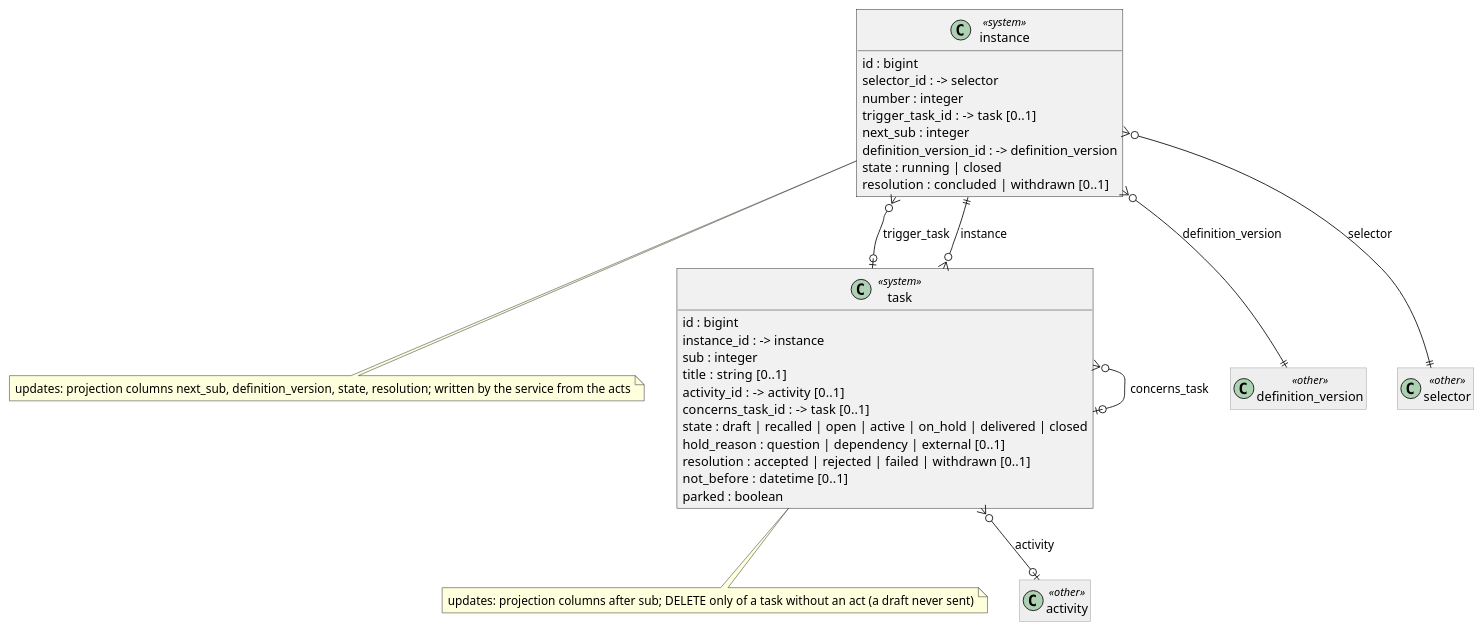
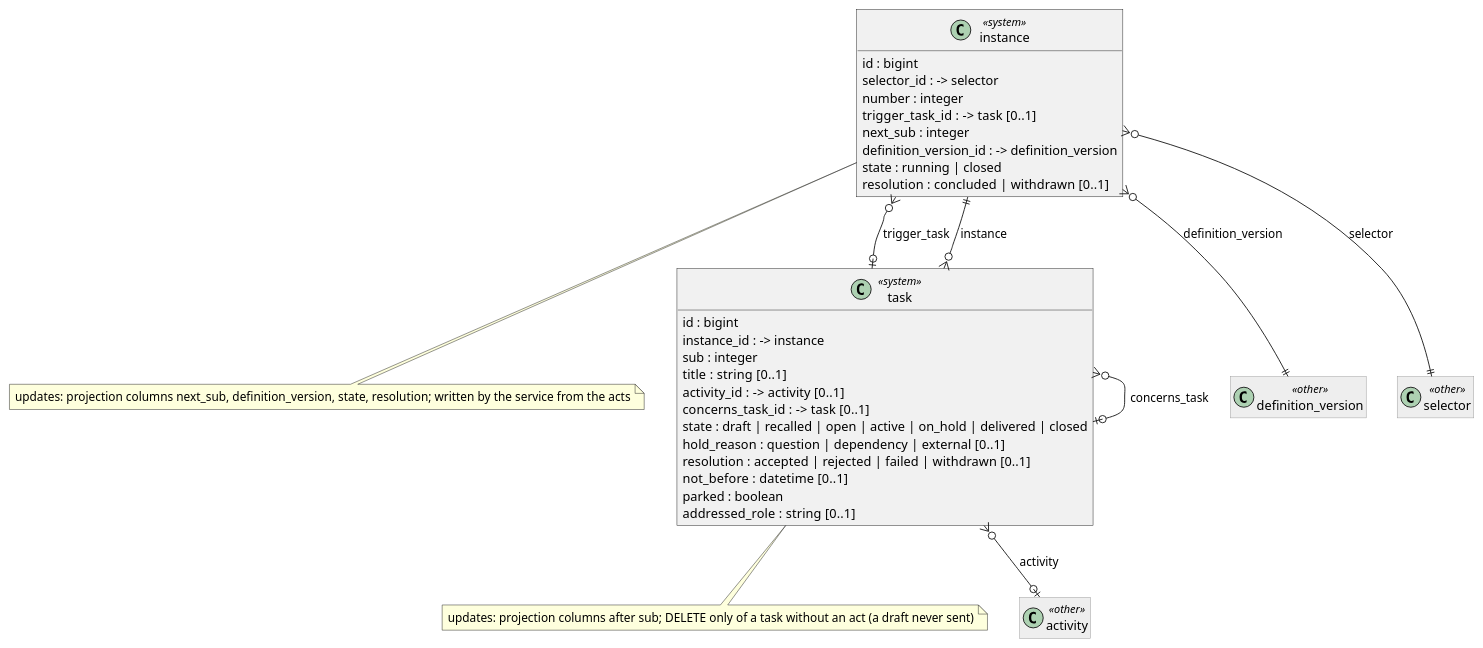
The diagram in docs/data-model/diagrams/02-instance-and-task.puml (Kumbuka-ai/kumbuka-dispatch), drawn with PlantUML before and after one commit. The commit also changed 13 other files, not shown here.

First line of the commit message:
docs(data-model): the addressed role of a commission, and the actor as an opaque identifier

```diff
--- a/docs/data-model/diagrams/02-instance-and-task.puml
+++ b/docs/data-model/diagrams/02-instance-and-task.puml
@@ -1,48 +1,49 @@
 @startuml 02-instance-and-task
 ' 02-instance-and-task (docs/data-model/groups/02-instance-and-task.md), generated from model/run.linkml.yaml.
 ' Every table carries tenant_id and scope_id and a unique key (tenant_id, scope_id, id); every foreign
 ' key runs over tenant, scope and id (ADR-0042). Left out below. Tables of other groups are drawn grey.
 skinparam shadowing false
 skinparam roundcorner 0
 skinparam classAttributeIconSize 0
 hide methods
 hide empty members
 skinparam class<<other>> {
   BackgroundColor #EEEEEE
   BorderColor #999999
 }
 class instance <<system>> {
   id : bigint
   selector_id : -> selector
   number : integer
   trigger_task_id : -> task  [0..1]
   next_sub : integer
   definition_version_id : -> definition_version
   state : running | closed
   resolution : concluded | withdrawn  [0..1]
 }
 note bottom of instance : updates: projection columns next_sub, definition_version, state, resolution; written by the service from the acts
 class task <<system>> {
   id : bigint
   instance_id : -> instance
   sub : integer
   title : string  [0..1]
   activity_id : -> activity  [0..1]
   concerns_task_id : -> task  [0..1]
   state : draft | recalled | open | active | on_hold | delivered | closed
   hold_reason : question | dependency | external  [0..1]
   resolution : accepted | rejected | failed | withdrawn  [0..1]
   not_before : datetime  [0..1]
   parked : boolean
+  addressed_role : string  [0..1]
 }
 note bottom of task : updates: projection columns after sub; DELETE only of a task without an act (a draft never sent)
 class activity <<other>>
 class definition_version <<other>>
 class selector <<other>>
 instance }o--|| selector : selector
 instance }o--o| task : trigger_task
 instance }o--|| definition_version : definition_version
 task }o--|| instance : instance
 task }o--o| activity : activity
 task }o--o| task : concerns_task
 @enduml
```
